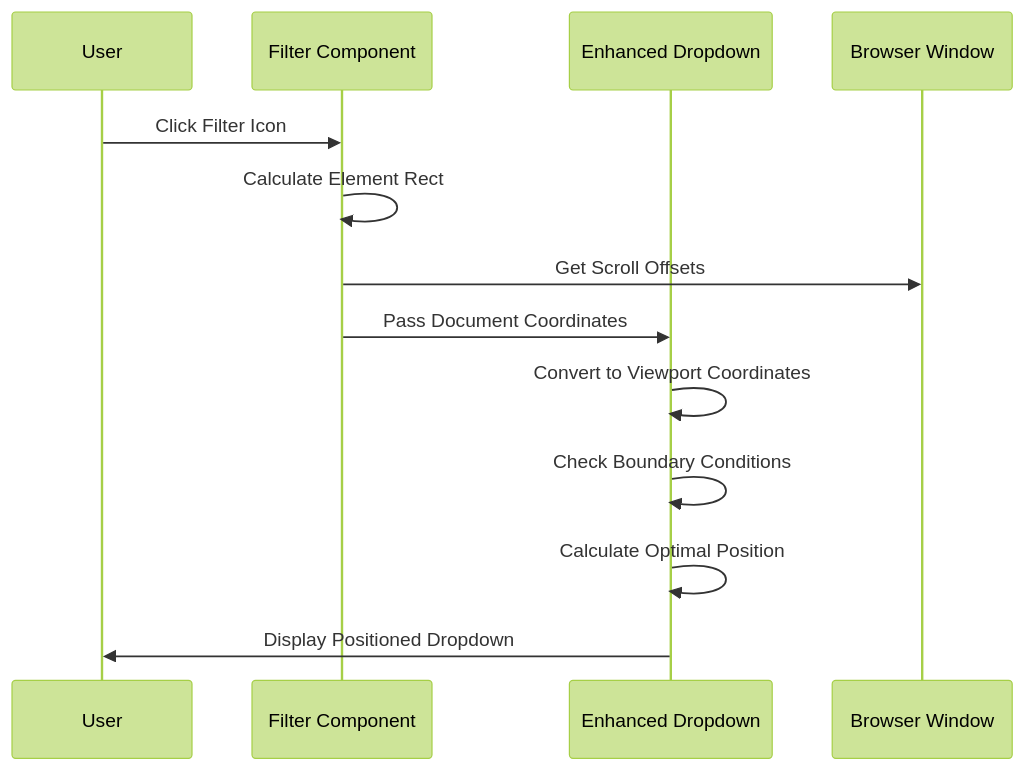
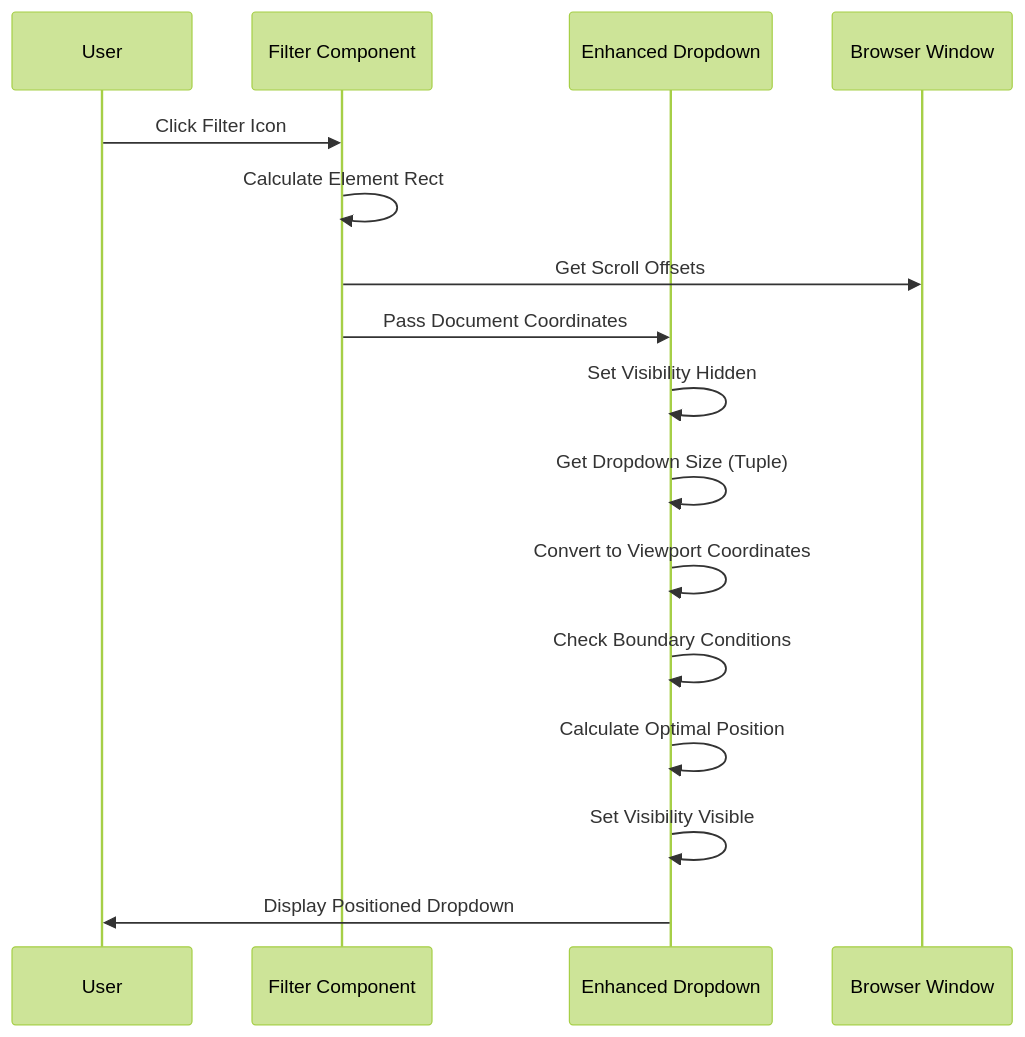
The sixth of 9 diagrams in .qoder/repowiki/en/content/Basic Features/Filter System.md (ja-plus/stk-table-vue), drawn with Mermaid (forest theme) before and after one commit. The commit also changed other lines of this file and 2 other files, not shown here.

````diff
--- a/.qoder/repowiki/en/content/Basic Features/Filter System.md
+++ b/.qoder/repowiki/en/content/Basic Features/Filter System.md
@@ -237,15 +251,18 @@
 ```mermaid
 sequenceDiagram
 participant User as User
 participant Filter as Filter Component
 participant Dropdown as Enhanced Dropdown
 participant Window as Browser Window
 User->>Filter : Click Filter Icon
 Filter->>Filter : Calculate Element Rect
 Filter->>Window : Get Scroll Offsets
 Filter->>Dropdown : Pass Document Coordinates
+Dropdown->>Dropdown : Set Visibility Hidden
+Dropdown->>Dropdown : Get Dropdown Size (Tuple)
 Dropdown->>Dropdown : Convert to Viewport Coordinates
 Dropdown->>Dropdown : Check Boundary Conditions
 Dropdown->>Dropdown : Calculate Optimal Position
+Dropdown->>Dropdown : Set Visibility Visible
 Dropdown->>User : Display Positioned Dropdown
 ```
````
